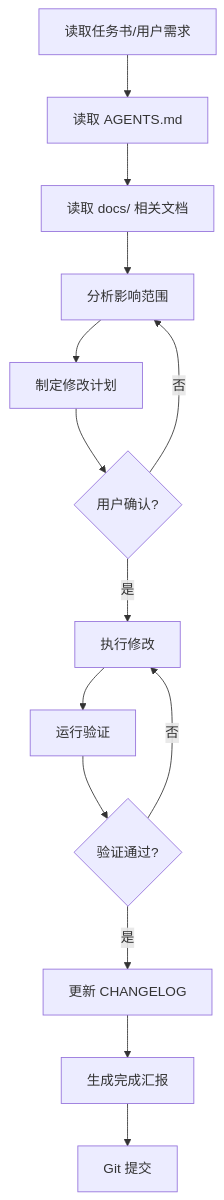
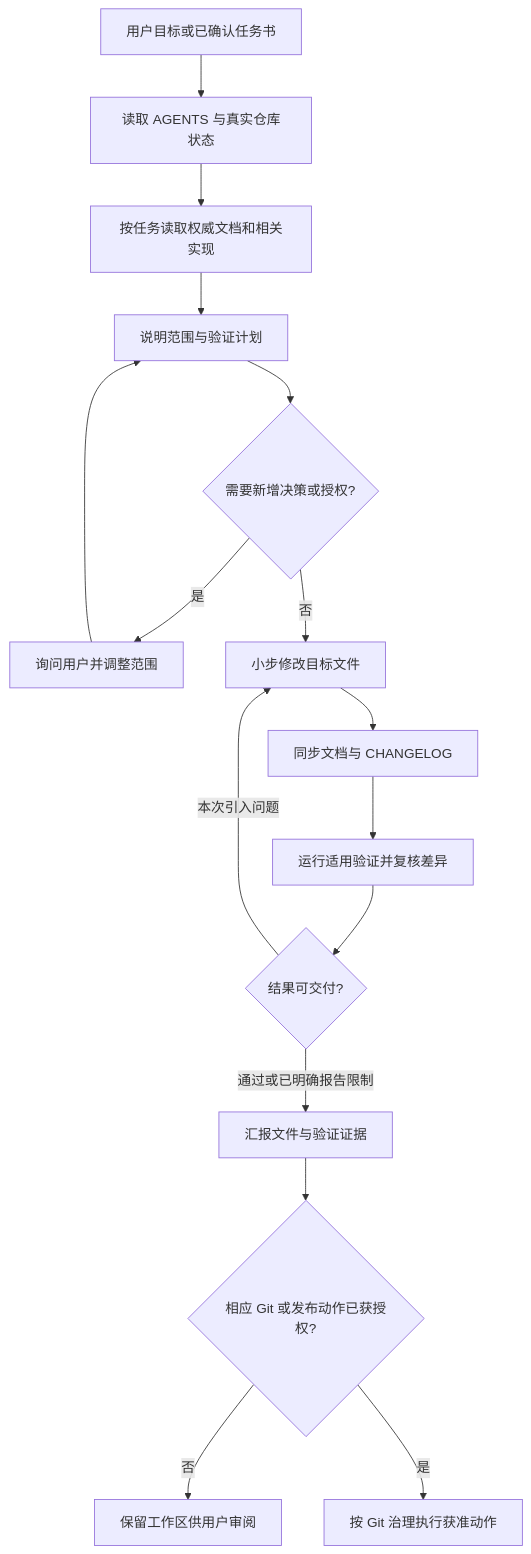
One commit to Mon-Knight/AI-Novel-Studio changed the diagram in docs/agent-workflow.md. Above: the diagram before and after it, drawn with Mermaid. The commit also changed other lines of this file and 261 other files, not shown here.

````diff
--- a/docs/agent-workflow.md
+++ b/docs/agent-workflow.md
@@ -25,16 +7,18 @@
 ```mermaid
-graph TD
-    A[读取任务书/用户需求] --> B[读取 AGENTS.md]
-    B --> C[读取 docs/ 相关文档]
-    C --> D[分析影响范围]
-    D --> E[制定修改计划]
-    E --> F{用户确认?}
-    F -->|是| G[执行修改]
-    F -->|否| D
-    G --> H[运行验证]
-    H --> I{验证通过?}
-    I -->|是| J[更新 CHANGELOG]
-    I -->|否| G
-    J --> K[生成完成汇报]
-    K --> L[Git 提交]
+flowchart TD
+    A[用户目标或已确认任务书] --> B[读取 AGENTS 与真实仓库状态]
+    B --> C[按任务读取权威文档和相关实现]
+    C --> D[说明范围与验证计划]
+    D --> E{需要新增决策或授权?}
+    E -->|是| F[询问用户并调整范围]
+    F --> D
+    E -->|否| G[小步修改目标文件]
+    G --> H[同步文档与 CHANGELOG]
+    H --> I[运行适用验证并复核差异]
+    I --> J{结果可交付?}
+    J -->|本次引入问题| G
+    J -->|通过或已明确报告限制| K[汇报文件与验证证据]
+    K --> L{相应 Git 或发布动作已获授权?}
+    L -->|否| M[保留工作区供用户审阅]
+    L -->|是| N[按 Git 治理执行获准动作]
 ```
````
